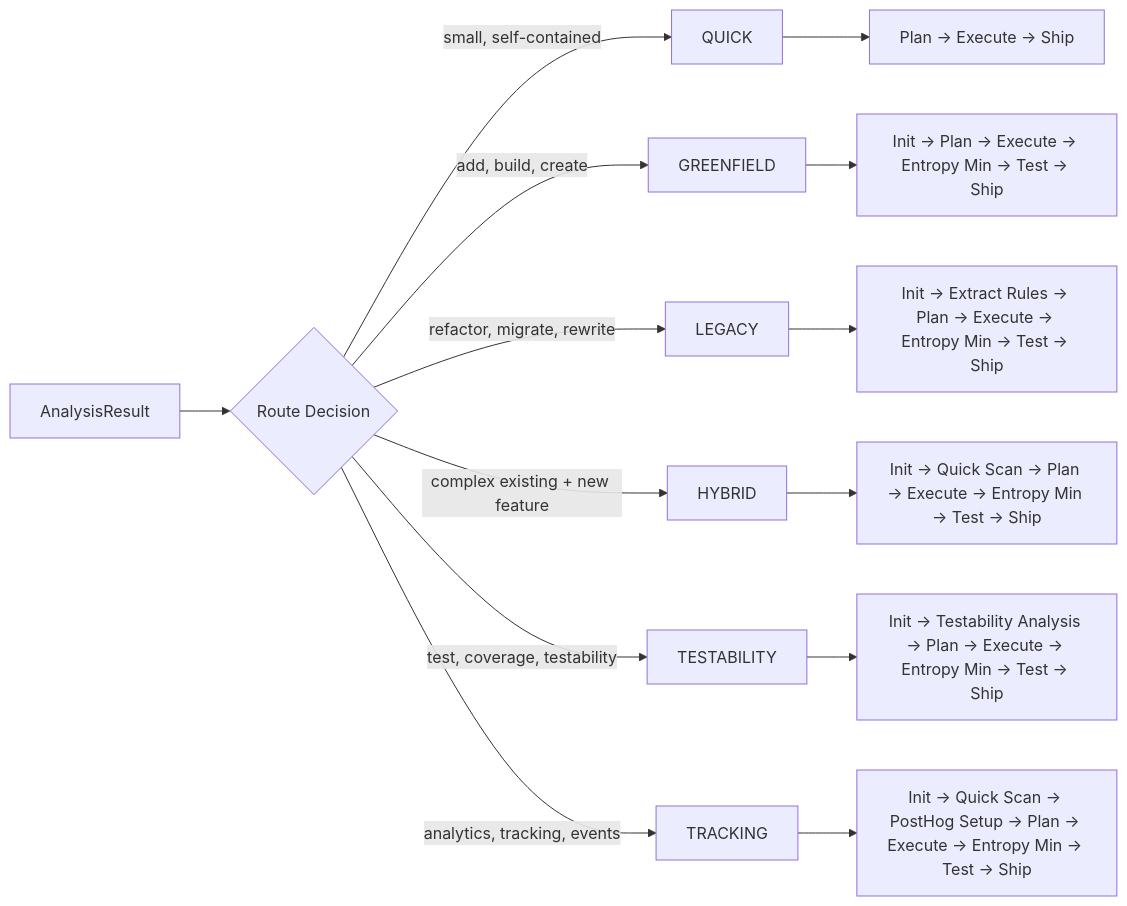
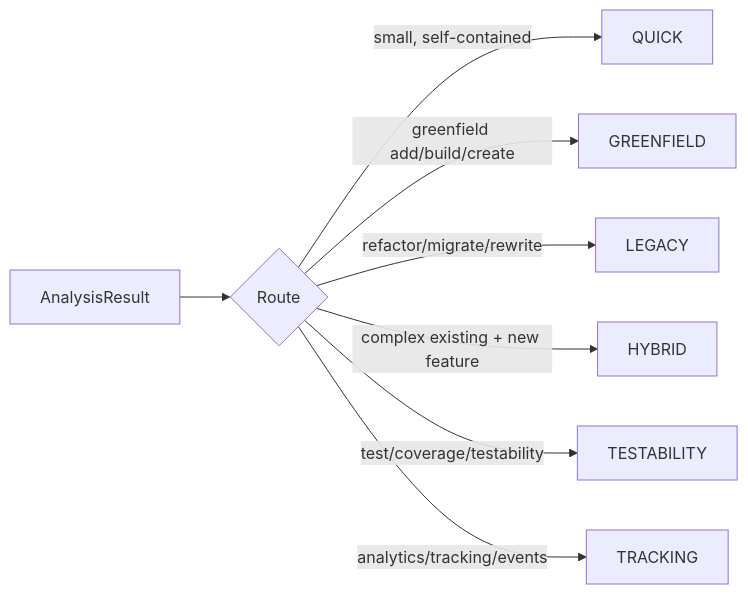
Before and after one commit to BIDEquity/outbid-dirigent: the fourth of 6 diagrams in ARCHITECTURE.md, drawn with Mermaid. The commit also changed other lines of this file, not shown here.

First line of the commit message:
docs: regenerate ARCHITECTURE.md via /generate-architecture --update

````diff
--- a/ARCHITECTURE.md
+++ b/ARCHITECTURE.md
@@ -88,18 +272,10 @@
 ```mermaid
 flowchart LR
-    A[AnalysisResult] --> D{Route Decision}
-
-    D -->|"small, self-contained"| Q["QUICK"]
-    D -->|"add, build, create"| G["GREENFIELD"]
-    D -->|"refactor, migrate, rewrite"| L["LEGACY"]
-    D -->|"complex existing + new feature"| H["HYBRID"]
-    D -->|"test, coverage, testability"| T["TESTABILITY"]
-    D -->|"analytics, tracking, events"| K["TRACKING"]
-
-    Q --> Q1["Plan → Execute → Ship"]
-    G --> G1["Init → Plan → Execute → Entropy Min → Test → Ship"]
-    L --> L1["Init → Extract Rules → Plan → Execute → Entropy Min → Test → Ship"]
-    H --> H1["Init → Quick Scan → Plan → Execute → Entropy Min → Test → Ship"]
-    T --> T1["Init → Testability Analysis → Plan → Execute → Entropy Min → Test → Ship"]
-    K --> K1["Init → Quick Scan → PostHog Setup → Plan → Execute → Entropy Min → Test → Ship"]
+    A[AnalysisResult] --> D{Route}
+    D -->|small, self-contained| Q[QUICK]
+    D -->|greenfield add/build/create| G[GREENFIELD]
+    D -->|refactor/migrate/rewrite| L[LEGACY]
+    D -->|complex existing + new feature| H[HYBRID]
+    D -->|test/coverage/testability| T[TESTABILITY]
+    D -->|analytics/tracking/events| K[TRACKING]
 ```
````
